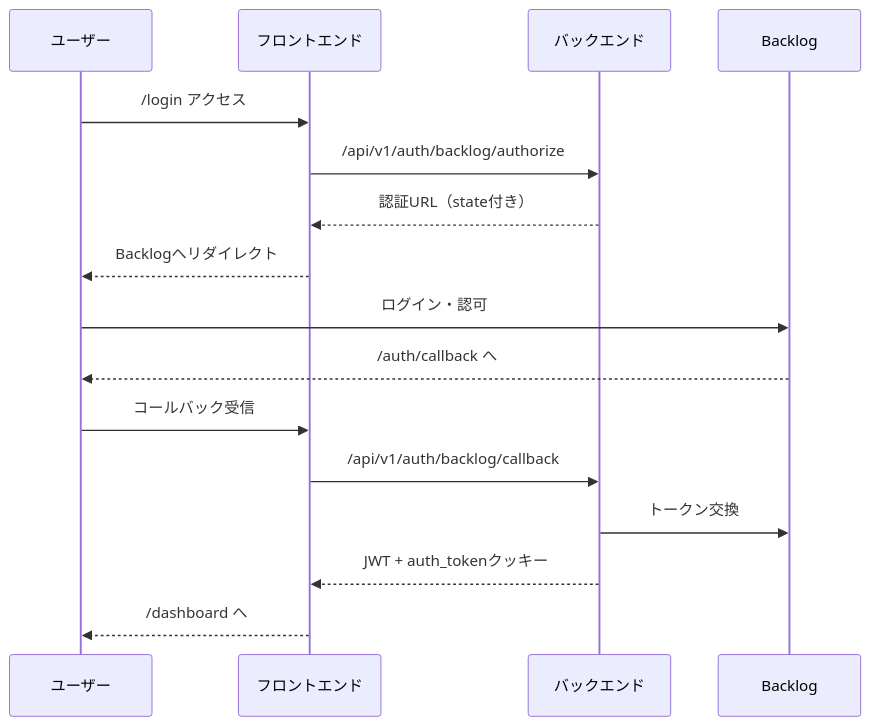
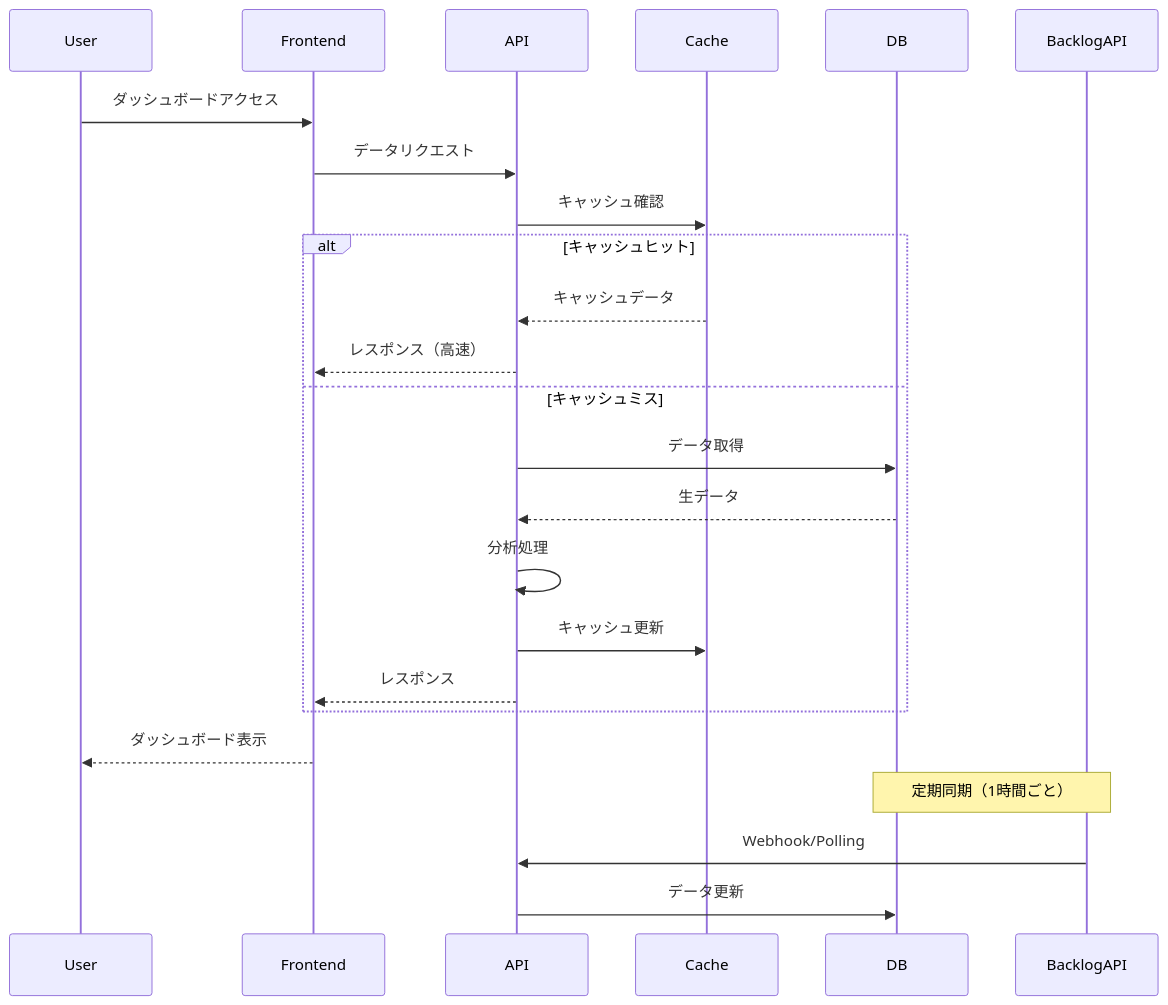
Before and after one commit to rasshii/team-insight: the tenth of 12 diagrams in Doc/mvp.md, drawn with Mermaid. The commit also changed other lines of this file, not shown here.

````diff
--- a/Doc/mvp.md
+++ b/Doc/mvp.md
@@ -340,19 +432,30 @@
 ```mermaid
 sequenceDiagram
-    participant User as ユーザー
-    participant FE as フロントエンド
-    participant BE as バックエンド
-    participant Backlog as Backlog
+    participant User
+    participant Frontend
+    participant API
+    participant Cache
+    participant DB
+    participant BacklogAPI
 
-    User->>FE: /login アクセス
-    FE->>BE: /api/v1/auth/backlog/authorize
-    BE-->>FE: 認証URL（state付き）
-    FE-->>User: Backlogへリダイレクト
-    User->>Backlog: ログイン・認可
-    Backlog-->>User: /auth/callback へ
-    User->>FE: コールバック受信
-    FE->>BE: /api/v1/auth/backlog/callback
-    BE->>Backlog: トークン交換
-    BE-->>FE: JWT + auth_tokenクッキー
-    FE-->>User: /dashboard へ
+    User->>Frontend: ダッシュボードアクセス
+    Frontend->>API: データリクエスト
+    API->>Cache: キャッシュ確認
+
+    alt キャッシュヒット
+        Cache-->>API: キャッシュデータ
+        API-->>Frontend: レスポンス（高速）
+    else キャッシュミス
+        API->>DB: データ取得
+        DB-->>API: 生データ
+        API->>API: 分析処理
+        API->>Cache: キャッシュ更新
+        API-->>Frontend: レスポンス
+    end
+
+    Frontend-->>User: ダッシュボード表示
+
+    Note over BacklogAPI,DB: 定期同期（1時間ごと）
+    BacklogAPI->>API: Webhook/Polling
+    API->>DB: データ更新
 ```
````
